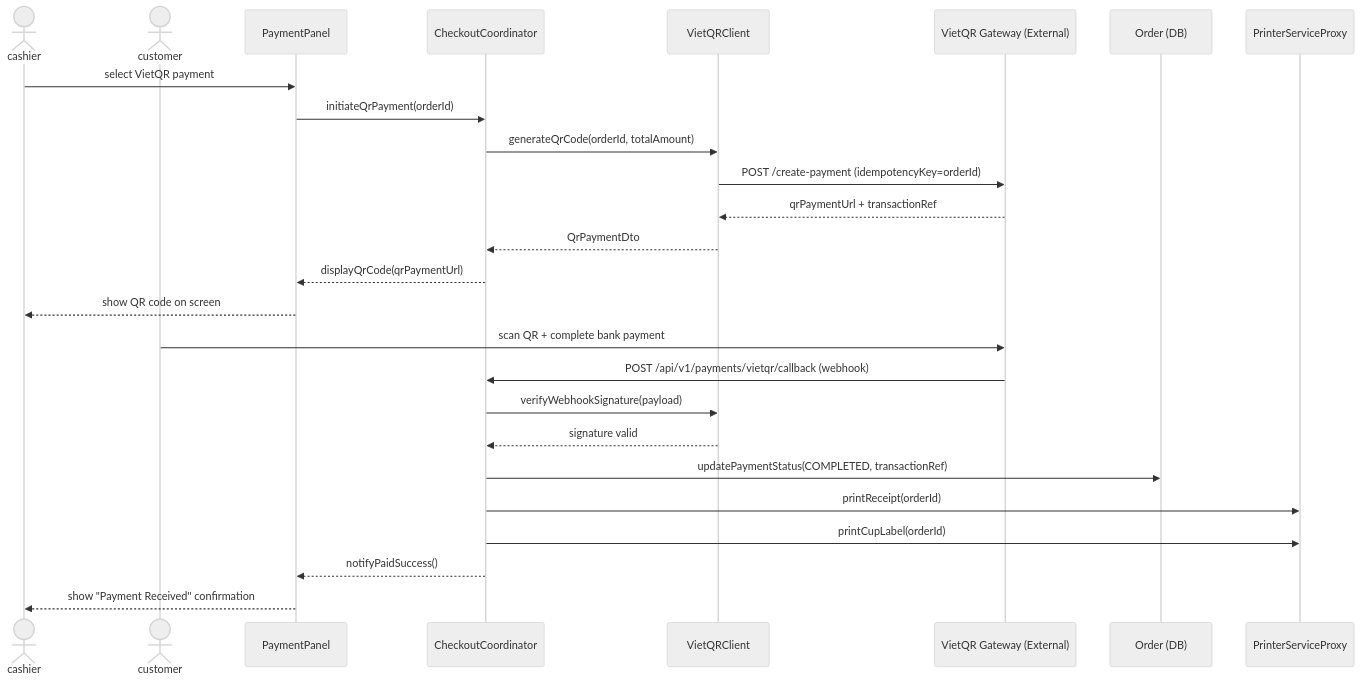
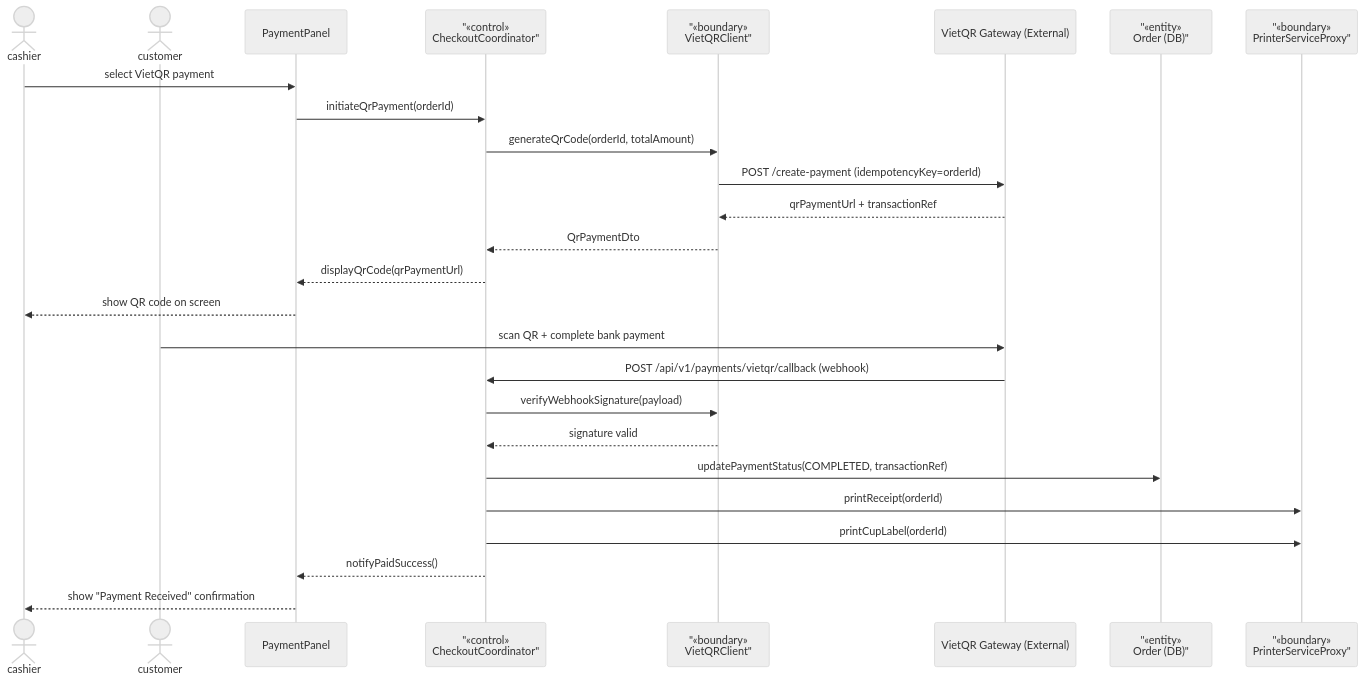
Before and after one commit to Shaichi/Khoga_coffe_shop: the fourth of 6 diagrams in rds_sections/10_detailed_3_7_pos_transaction.md, drawn with Mermaid (neutral theme). The commit also changed other lines of this file and 13 other files, not shown here.

````diff
--- a/rds_sections/10_detailed_3_7_pos_transaction.md
+++ b/rds_sections/10_detailed_3_7_pos_transaction.md
@@ -209,30 +209,30 @@
 ```mermaid
 sequenceDiagram
     actor cashier
     actor customer
     participant PayPanel as PaymentPanel
-    participant CheckoutCoord as CheckoutCoordinator
-    participant VietQRClient
+participant CheckoutCoord as "«control»<br/>CheckoutCoordinator"
+participant VietQRClient as "«boundary»<br/>VietQRClient"
     participant VietQRGateway as VietQR Gateway (External)
-    participant OrderDB as Order (DB)
-    participant PrintSvc as PrinterServiceProxy
+participant OrderDB as "«entity»<br/>Order (DB)"
+participant PrintSvc as "«boundary»<br/>PrinterServiceProxy"
 
     cashier->>PayPanel: select VietQR payment
     PayPanel->>CheckoutCoord: initiateQrPayment(orderId)
     CheckoutCoord->>VietQRClient: generateQrCode(orderId, totalAmount)
     VietQRClient->>VietQRGateway: POST /create-payment (idempotencyKey=orderId)
     VietQRGateway-->>VietQRClient: qrPaymentUrl + transactionRef
     VietQRClient-->>CheckoutCoord: QrPaymentDto
     CheckoutCoord-->>PayPanel: displayQrCode(qrPaymentUrl)
     PayPanel-->>cashier: show QR code on screen
 
     customer->>VietQRGateway: scan QR + complete bank payment
     VietQRGateway->>CheckoutCoord: POST /api/v1/payments/vietqr/callback (webhook)
     CheckoutCoord->>VietQRClient: verifyWebhookSignature(payload)
     VietQRClient-->>CheckoutCoord: signature valid
     CheckoutCoord->>OrderDB: updatePaymentStatus(COMPLETED, transactionRef)
     CheckoutCoord->>PrintSvc: printReceipt(orderId)
     CheckoutCoord->>PrintSvc: printCupLabel(orderId)
     CheckoutCoord-->>PayPanel: notifyPaidSuccess()
     PayPanel-->>cashier: show "Payment Received" confirmation
 ```
````
